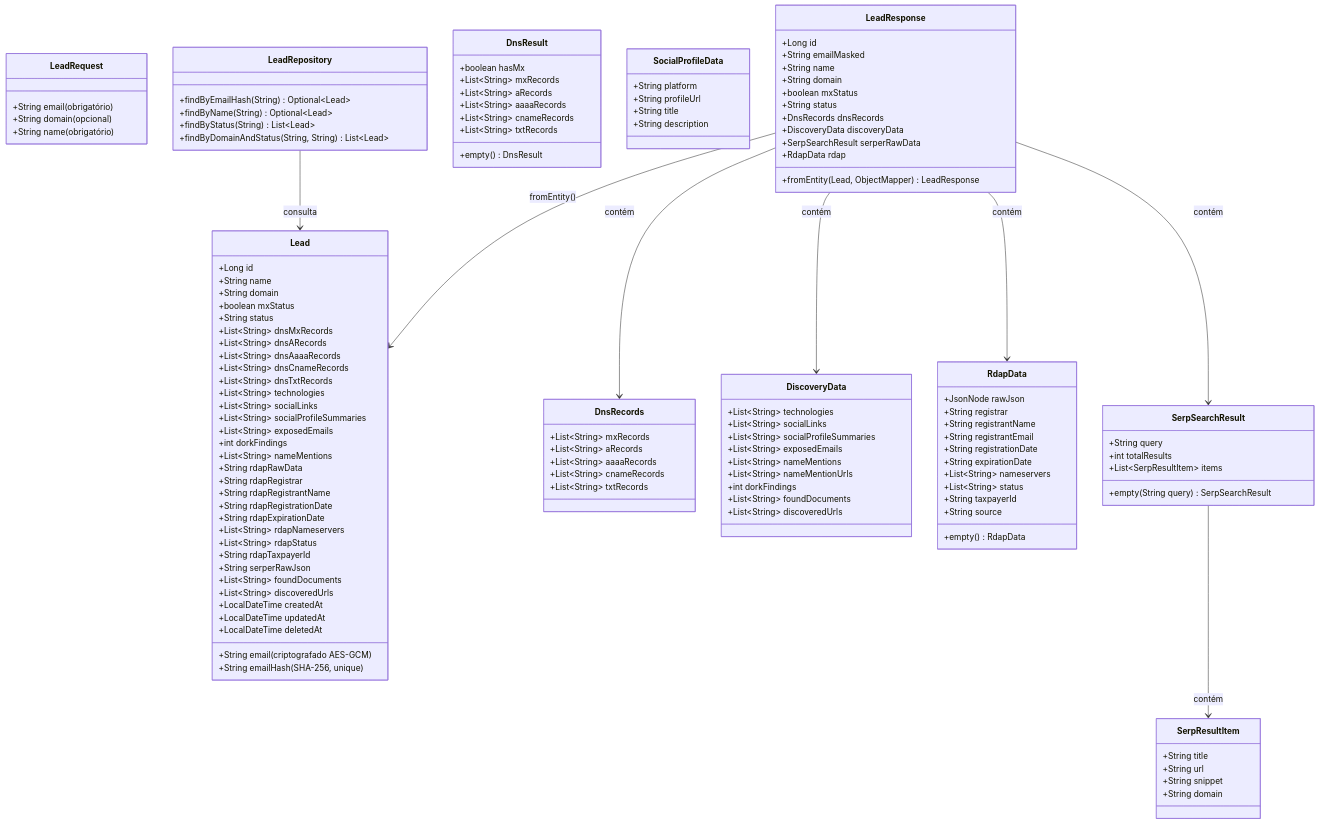
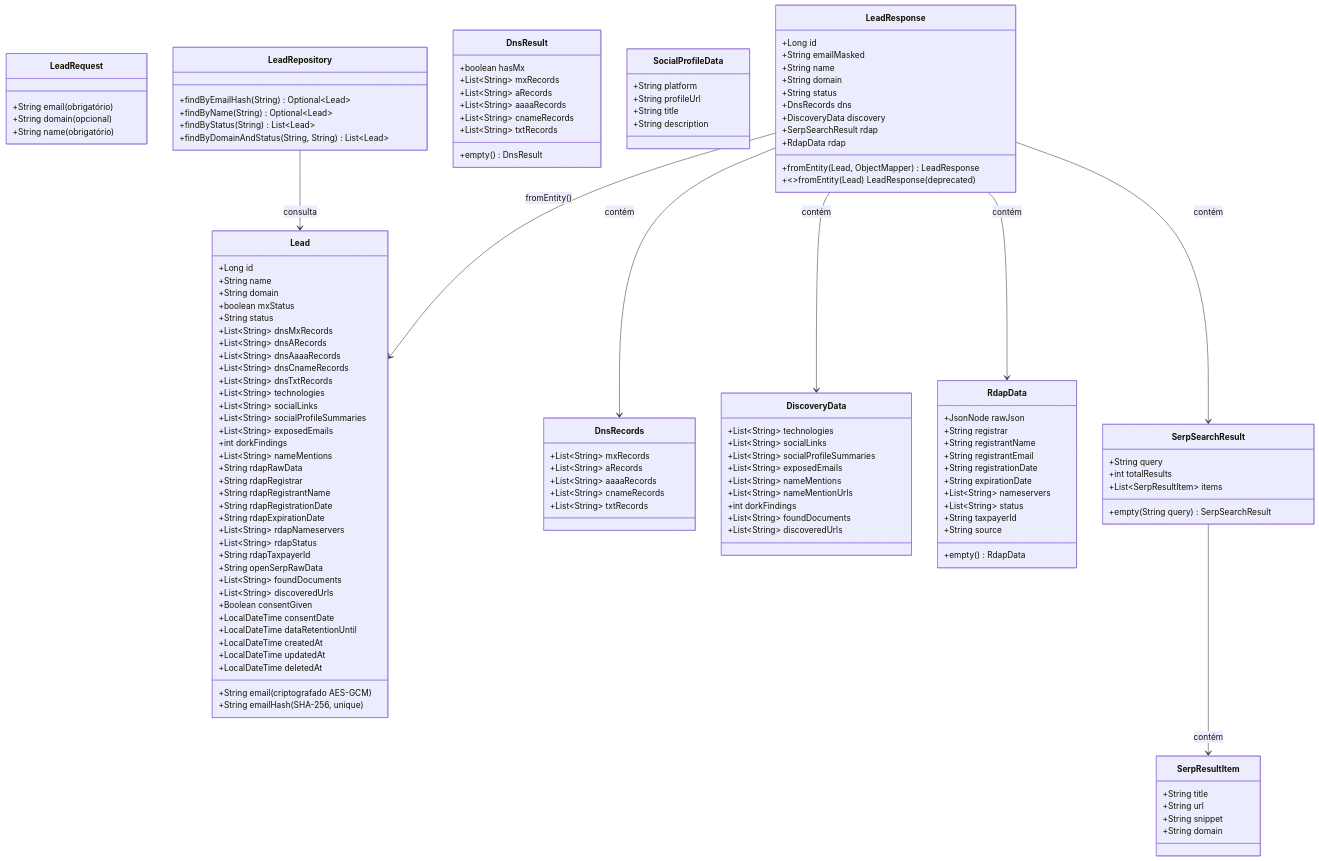
The second of 3 diagrams in docs/diagrams/mermaid-componentes-sequencia.md (pdrodavi/lead-enrichment-api), drawn with Mermaid before and after one commit. The commit also changed other lines of this file and 40 other files, not shown here.

```diff
--- a/docs/diagrams/mermaid-componentes-sequencia.md
+++ b/docs/diagrams/mermaid-componentes-sequencia.md
@@ -124,9 +138,12 @@
         +List~String~ rdapNameservers
         +List~String~ rdapStatus
         +String rdapTaxpayerId
-        +String serperRawJson
+        +String openSerpRawData
         +List~String~ foundDocuments
         +List~String~ discoveredUrls
+        +Boolean consentGiven
+        +LocalDateTime consentDate
+        +LocalDateTime dataRetentionUntil
         +LocalDateTime createdAt
         +LocalDateTime updatedAt
         +LocalDateTime deletedAt
@@ -143,13 +160,13 @@
         +String emailMasked
         +String name
         +String domain
-        +boolean mxStatus
         +String status
-        +DnsRecords dnsRecords
-        +DiscoveryData discoveryData
-        +SerpSearchResult serperRawData
+        +DnsRecords dns
+        +DiscoveryData discovery
+        +SerpSearchResult rdap
         +RdapData rdap
         +fromEntity(Lead, ObjectMapper) LeadResponse
+        +~~fromEntity(Lead) LeadResponse (deprecated)
     }
 
     class DnsRecords {
```
